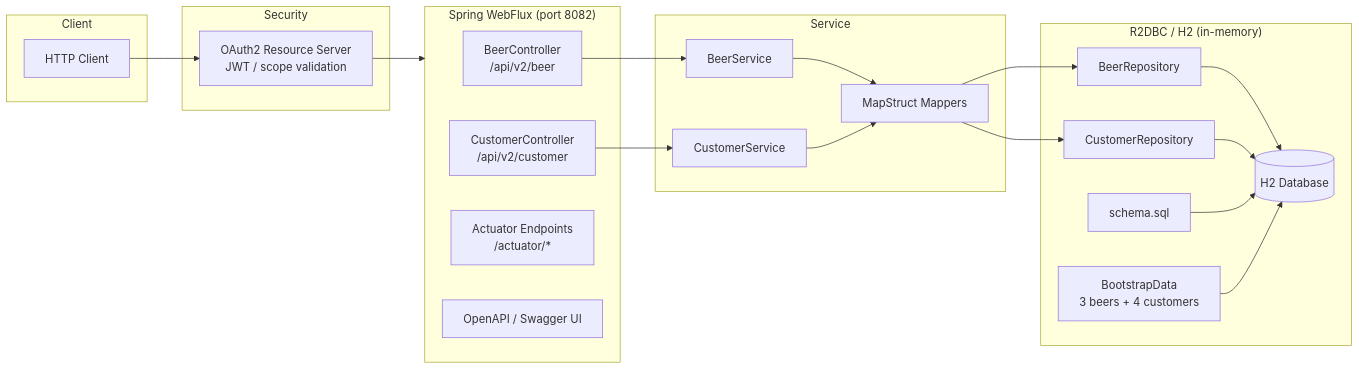
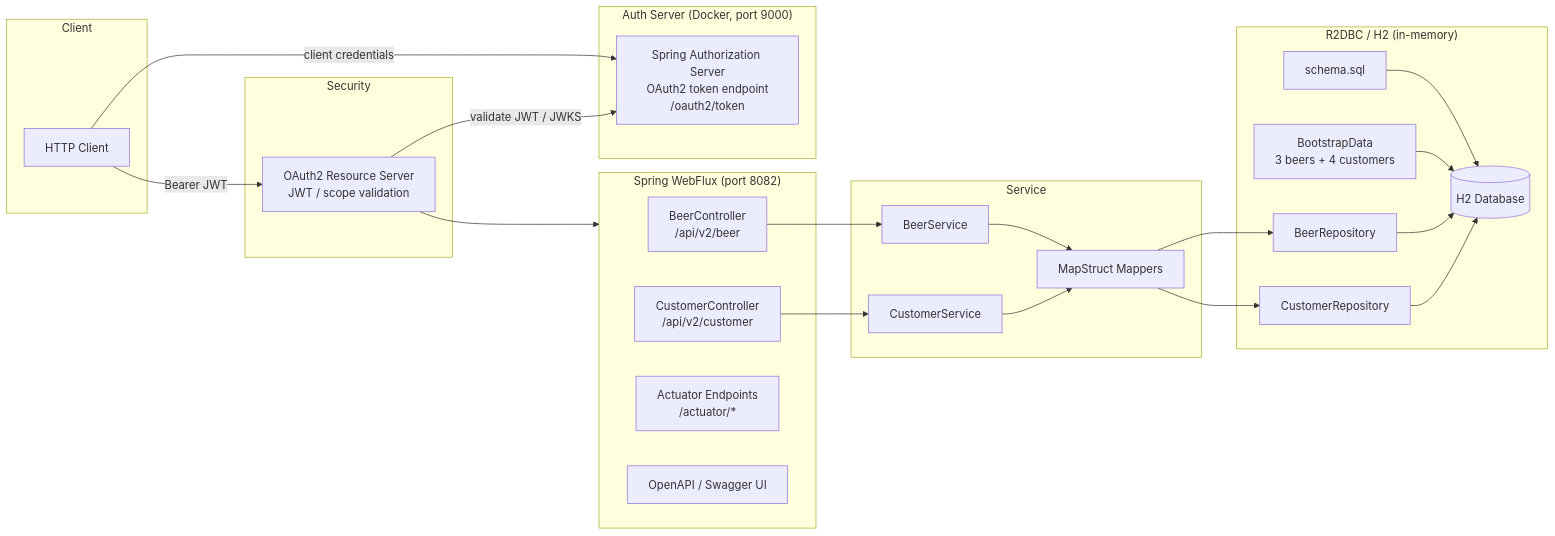
Before and after one commit to dboeckli/spring-6-reactive: the first of 2 diagrams in README.md, drawn with Mermaid. The commit also changed other lines of this file and 19 other files, not shown here.

First line of the commit message:
Add documented HTTP request flows (#147)

````diff
--- a/README.md
+++ b/README.md
@@ -106,44 +13,50 @@
 ```mermaid
 flowchart LR
   subgraph Client
     HTTP[HTTP Client]
+  end
+
+  subgraph Auth["Auth Server (Docker, port 9000)"]
+    AuthServer[Spring Authorization Server<br/>OAuth2 token endpoint<br/>/oauth2/token]
   end
 
   subgraph Security
     OAuth2[OAuth2 Resource Server<br/>JWT / scope validation]
   end
 
   subgraph API["Spring WebFlux (port 8082)"]
     Beer[BeerController<br/>/api/v2/beer]
     Customer[CustomerController<br/>/api/v2/customer]
     Actuator[Actuator Endpoints<br/>/actuator/*]
     OpenAPI[OpenAPI / Swagger UI]
   end
 
   subgraph Service
     BeerService[BeerService]
     CustomerService[CustomerService]
     Mapper[MapStruct Mappers]
   end
 
   subgraph Data["R2DBC / H2 (in-memory)"]
     Schema[schema.sql]
     Bootstrap[BootstrapData<br/>3 beers + 4 customers]
     BeerRepo[BeerRepository]
     CustomerRepo[CustomerRepository]
     DB[(H2 Database)]
   end
 
-  HTTP --> OAuth2
+  HTTP -->|"client credentials"| AuthServer
+  HTTP -->|"Bearer JWT"| OAuth2
+  OAuth2 -->|"validate JWT / JWKS"| AuthServer
   OAuth2 --> API
   Beer --> BeerService
   Customer --> CustomerService
   BeerService --> Mapper
   CustomerService --> Mapper
   Mapper --> BeerRepo
   Mapper --> CustomerRepo
   BeerRepo --> DB
   CustomerRepo --> DB
   Schema --> DB
   Bootstrap --> DB
 ```
````
